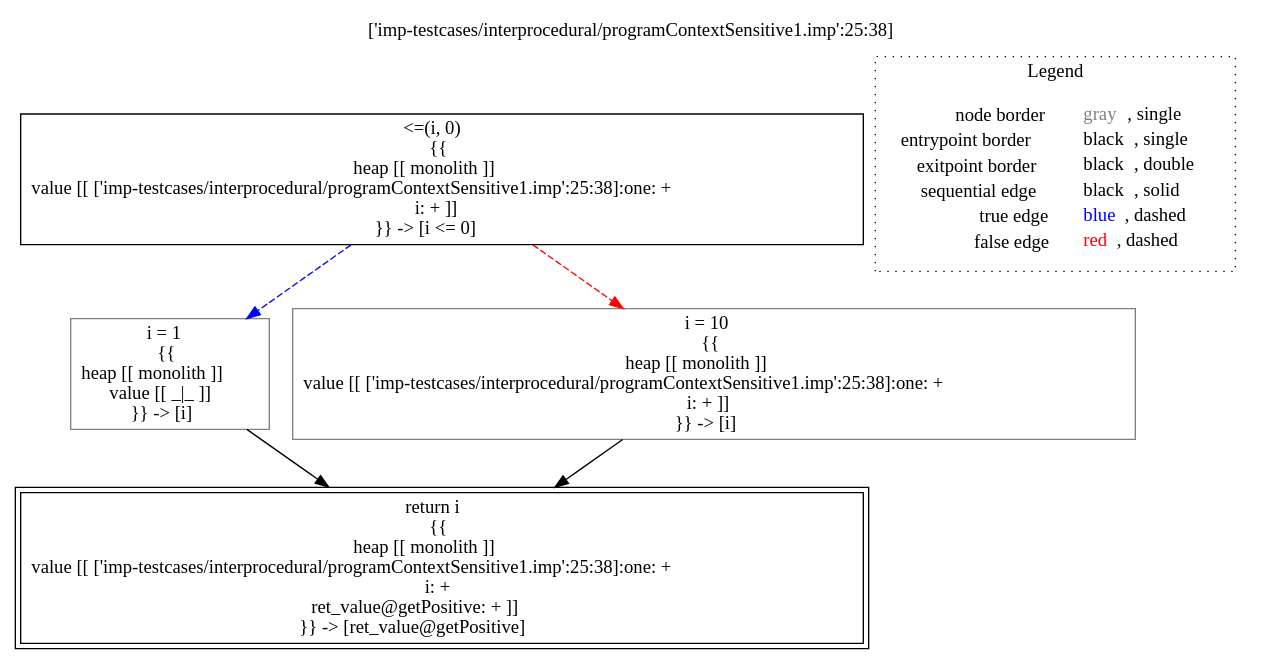
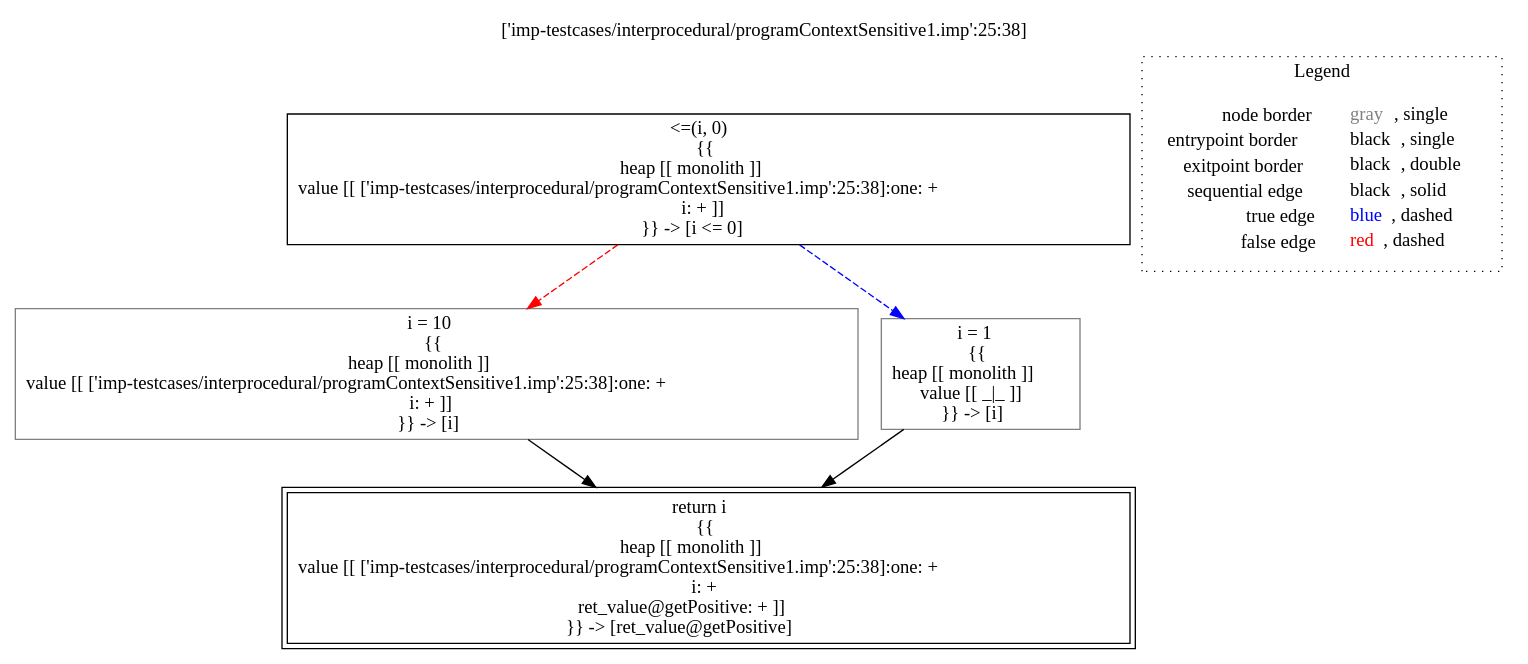
The diagram in lisa/lisa-core/imp-testcases/interprocedural/RTAContextSensitive1/analysis___-1135618727_untyped_A.getPositive(A_this,_untyped_i).dot (lisa-analyzer/lisa), drawn with Graphviz before and after one commit. The commit also changed 42 other files, not shown here.

```diff
--- a/lisa/lisa-core/imp-testcases/interprocedural/RTAContextSensitive1/analysis___-1135618727_untyped_A.getPositive(A_this,_untyped_i).dot
+++ b/lisa/lisa-core/imp-testcases/interprocedural/RTAContextSensitive1/analysis___-1135618727_untyped_A.getPositive(A_this,_untyped_i).dot
@@ -1,19 +1,19 @@
 digraph {
 	labelloc="t";
 	label="['imp-testcases/interprocedural/programContextSensitive1.imp':25:38]";
 	"node0" [shape="rect",color="black",label=<&lt;=(i, 0)<BR/>{{<BR/>heap [[ monolith ]]<BR/>value [[ ['imp-testcases/interprocedural/programContextSensitive1.imp':25:38]:one: +<BR/>i: + ]]<BR/>}} -&gt; [i &lt;= 0]>];
 	"node1" [shape="rect",color="black",peripheries="2",label=<return i<BR/>{{<BR/>heap [[ monolith ]]<BR/>value [[ ['imp-testcases/interprocedural/programContextSensitive1.imp':25:38]:one: +<BR/>i: +<BR/>ret_value@getPositive: + ]]<BR/>}} -&gt; [ret_value@getPositive]>];
-	"node2" [shape="rect",color="gray",label=<i = 1<BR/>{{<BR/>heap [[ monolith ]]<BR/>value [[ _|_ ]]<BR/>}} -&gt; [i]>];
-	"node3" [shape="rect",color="gray",label=<i = 10<BR/>{{<BR/>heap [[ monolith ]]<BR/>value [[ ['imp-testcases/interprocedural/programContextSensitive1.imp':25:38]:one: +<BR/>i: + ]]<BR/>}} -&gt; [i]>];
-	"node0" -> "node2" [color="blue",style="dashed"];
-	"node0" -> "node3" [color="red",style="dashed"];
+	"node2" [shape="rect",color="gray",label=<i = 10<BR/>{{<BR/>heap [[ monolith ]]<BR/>value [[ ['imp-testcases/interprocedural/programContextSensitive1.imp':25:38]:one: +<BR/>i: + ]]<BR/>}} -&gt; [i]>];
+	"node3" [shape="rect",color="gray",label=<i = 1<BR/>{{<BR/>heap [[ monolith ]]<BR/>value [[ _|_ ]]<BR/>}} -&gt; [i]>];
 	"node2" -> "node1" [color="black"];
+	"node0" -> "node2" [color="red",style="dashed"];
+	"node0" -> "node3" [color="blue",style="dashed"];
 	"node3" -> "node1" [color="black"];
 subgraph cluster_legend {
 	label="Legend";
 	style=dotted;
 	node [shape=plaintext];
 	"legend" [label=<<table border="0" cellpadding="2" cellspacing="0" cellborder="0"><tr><td align="right">node border&nbsp;</td><td align="left"><font color="gray">gray</font>, single</td></tr><tr><td align="right">entrypoint border&nbsp;</td><td align="left"><font color="black">black</font>, single</td></tr><tr><td align="right">exitpoint border&nbsp;</td><td align="left"><font color="black">black</font>, double</td></tr><tr><td align="right">sequential edge&nbsp;</td><td align="left"><font color="black">black</font>, solid</td></tr><tr><td align="right">true edge&nbsp;</td><td align="left"><font color="blue">blue</font>, dashed</td></tr><tr><td align="right">false edge&nbsp;</td><td align="left"><font color="red">red</font>, dashed</td></tr></table>>];
 }
 
 }
```
